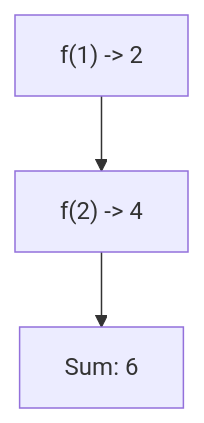
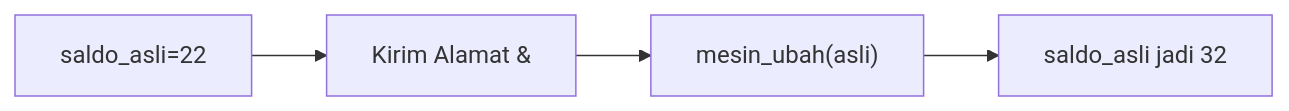
Diagram 14 of 25 in part-c-pemahaman-cpp/04-fungsi/latihan/set-07.md (amnahwaida/OSNK_INF_PREP), drawn with Mermaid before and after one commit. The commit also changed other lines of this file and 71 other files, not shown here.

````diff
--- a/part-c-pemahaman-cpp/04-fungsi/latihan/set-07.md
+++ b/part-c-pemahaman-cpp/04-fungsi/latihan/set-07.md
@@ -364,5 +385,6 @@
 ```mermaid
-graph TD
-A["f(1) -> 2"] --> B["f(2) -> 4"]
-B --> C["Sum: 6"]
+graph LR
+A["saldo_asli=22"] --> B["Kirim Alamat &"]
+B --> C["mesin_ubah(asli)"]
+C --> D["saldo_asli jadi 32"]
 ```
````
